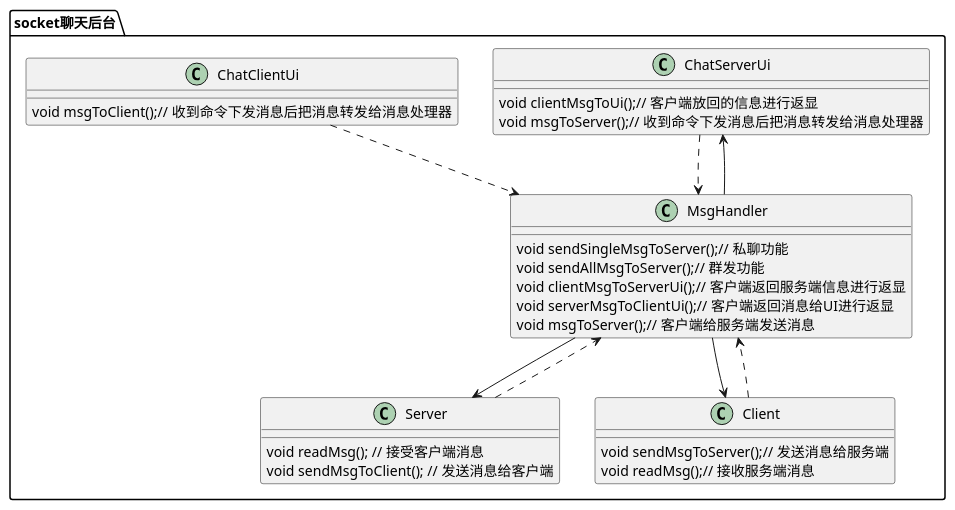
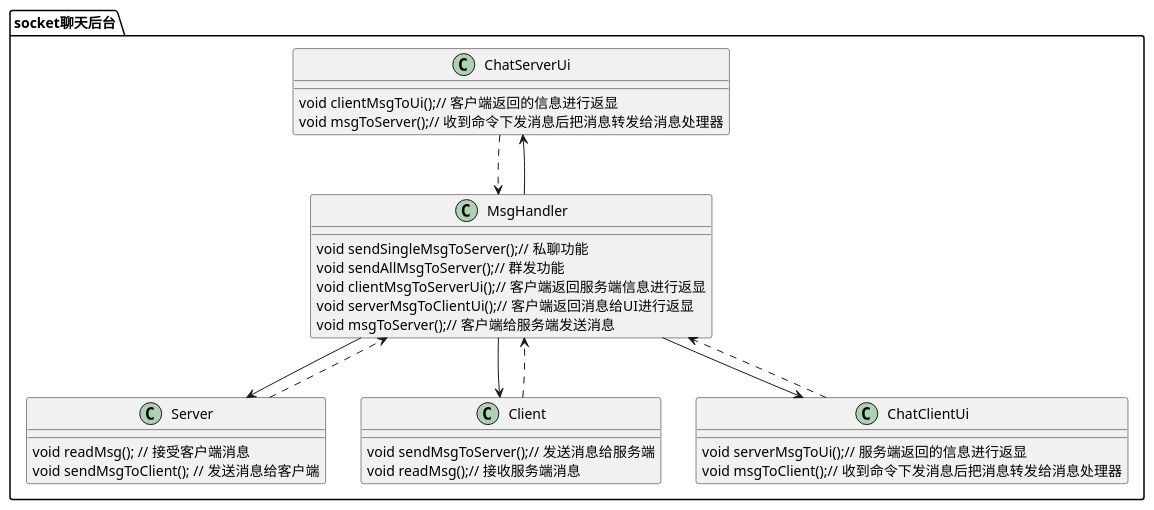
Before and after one commit to markYcw/socket: the diagram in src/main/java/com/example/demo/utils/SocketDemoClassUml.puml, drawn with PlantUML. The commit also changed 3 other files, not shown here.

```diff
--- a/src/main/java/com/example/demo/utils/SocketDemoClassUml.puml
+++ b/src/main/java/com/example/demo/utils/SocketDemoClassUml.puml
@@ -1,41 +1,43 @@
 @startuml
 
 package socket聊天后台{
 
     class ChatServerUi {
-        void clientMsgToUi();// 客户端放回的信息进行返显
+        void clientMsgToUi();// 客户端返回的信息进行返显
         void msgToServer();// 收到命令下发消息后把消息转发给消息处理器
     }
 
     class MsgHandler {
         void sendSingleMsgToServer();// 私聊功能
         void sendAllMsgToServer();// 群发功能
         void clientMsgToServerUi();// 客户端返回服务端信息进行返显
         void serverMsgToClientUi();// 客户端返回消息给UI进行返显
         void msgToServer();// 客户端给服务端发送消息
 
     }
 
     class Server {
         void readMsg(); // 接受客户端消息
         void sendMsgToClient(); // 发送消息给客户端
     }
 
     class Client {
         void sendMsgToServer();// 发送消息给服务端
         void readMsg();// 接收服务端消息
     }
 
     class ChatClientUi {
+        void serverMsgToUi();// 服务端返回的信息进行返显
         void msgToClient();// 收到命令下发消息后把消息转发给消息处理器
     }
     ChatServerUi ..> MsgHandler
     MsgHandler --> Server
     Client..> MsgHandler
     ChatClientUi..> MsgHandler
     MsgHandler --> Client
     Server..> MsgHandler
     MsgHandler--> ChatServerUi
+    MsgHandler--> ChatClientUi
 
 }
 @enduml
```
